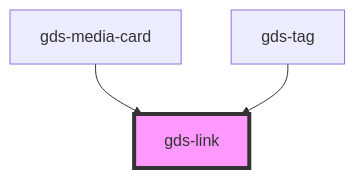
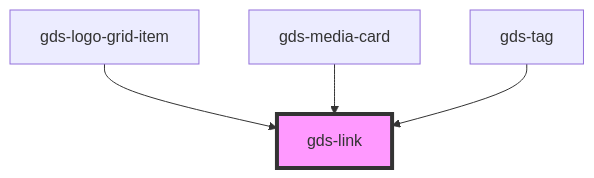
One commit to generoi/genero-design-system changed the diagram in src/components/gds-link/readme.md. Above: the diagram before and after it, drawn with Mermaid. The commit also changed other lines of this file and 18 other files, not shown here.

Commit message:
feat: add gds-logo-grid and gds-logo-grid-item components

````diff
--- a/src/components/gds-link/readme.md
+++ b/src/components/gds-link/readme.md
@@ -21,6 +23,7 @@
 ```mermaid
 graph TD;
+  gds-logo-grid-item --> gds-link
   gds-media-card --> gds-link
   gds-tag --> gds-link
   style gds-link fill:#f9f,stroke:#333,stroke-width:4px
 ```
````
